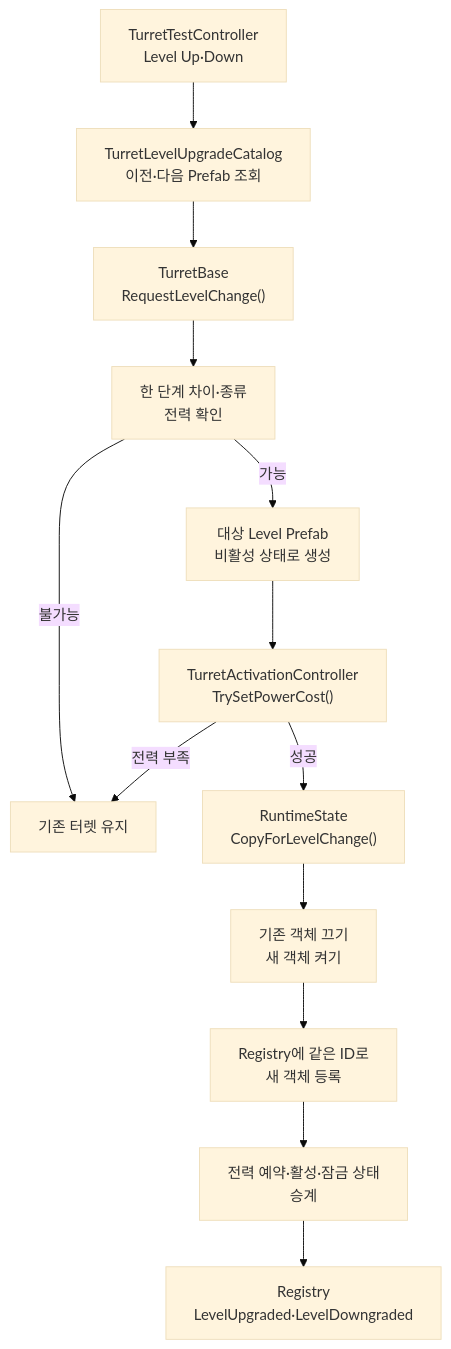
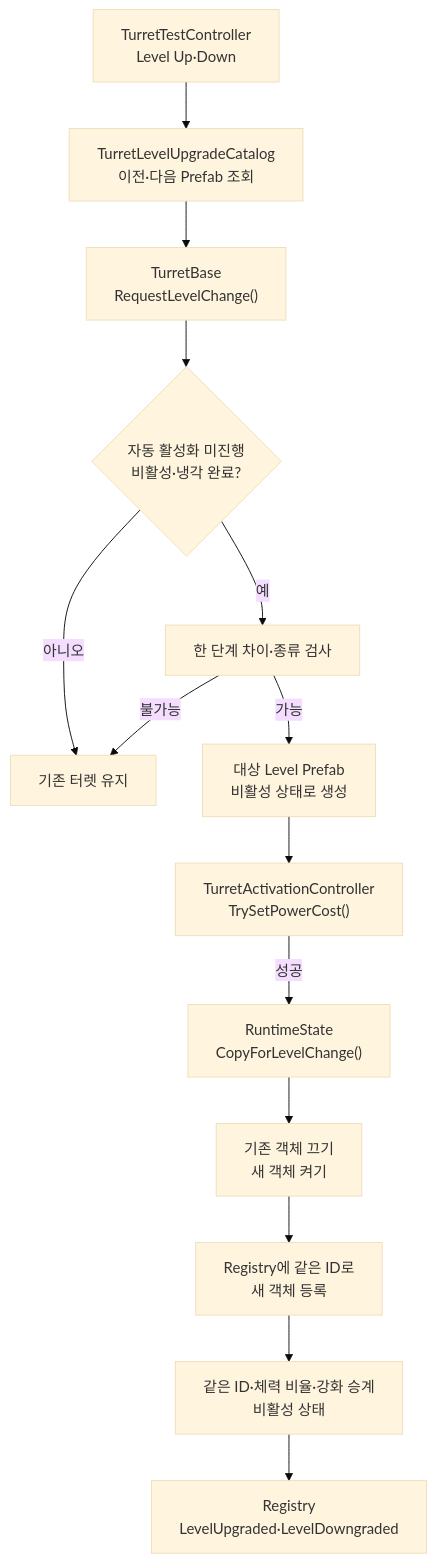
Diagram 12 of 16 in docs/projects/the-developer/turret/runtime-flows.md (Team-HJD-21/team-hjd-docs), drawn with Mermaid (base theme) before and after one commit. The commit also changed other lines of this file and 13 other files, not shown here.

````diff
--- a/docs/projects/the-developer/turret/runtime-flows.md
+++ b/docs/projects/the-developer/turret/runtime-flows.md
@@ -556,15 +560,16 @@
 ```mermaid
 flowchart TD
     UI["TurretTestController<br>Level Up·Down"] --> Catalog["TurretLevelUpgradeCatalog<br>이전·다음 Prefab 조회"]
     Catalog --> Base["TurretBase<br>RequestLevelChange()"]
-    Base --> Validate["한 단계 차이·종류<br>전력 확인"]
+    Base --> Gate{"자동 활성화 미진행<br>비활성·냉각 완료?"}
+    Gate -->|아니오| Reject["기존 터렛 유지"]
+    Gate -->|예| Validate["한 단계 차이·종류 검사"]
     Validate -->|가능| Create["대상 Level Prefab<br>비활성 상태로 생성"]
     Validate -->|불가능| Reject["기존 터렛 유지"]
     Create --> Power["TurretActivationController<br>TrySetPowerCost()"]
-    Power -->|전력 부족| Reject
     Power -->|성공| Copy["RuntimeState<br>CopyForLevelChange()"]
     Copy --> Swap["기존 객체 끄기<br>새 객체 켜기"]
     Swap --> Registry["Registry에 같은 ID로<br>새 객체 등록"]
-    Registry --> Active["전력 예약·활성·잠금 상태<br>승계"]
+    Registry --> Active["같은 ID·체력 비율·강화 승계<br>비활성 상태"]
     Active --> Event["Registry<br>LevelUpgraded·LevelDowngraded"]
 ```
````
